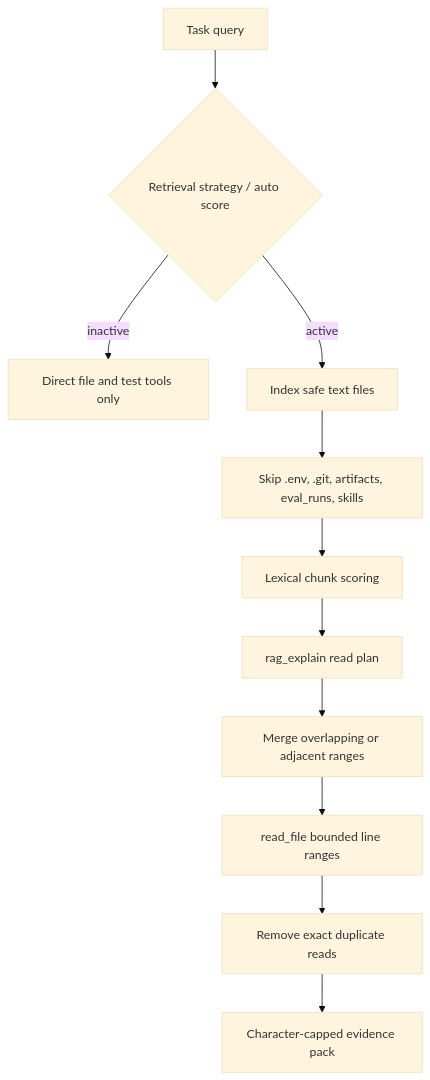
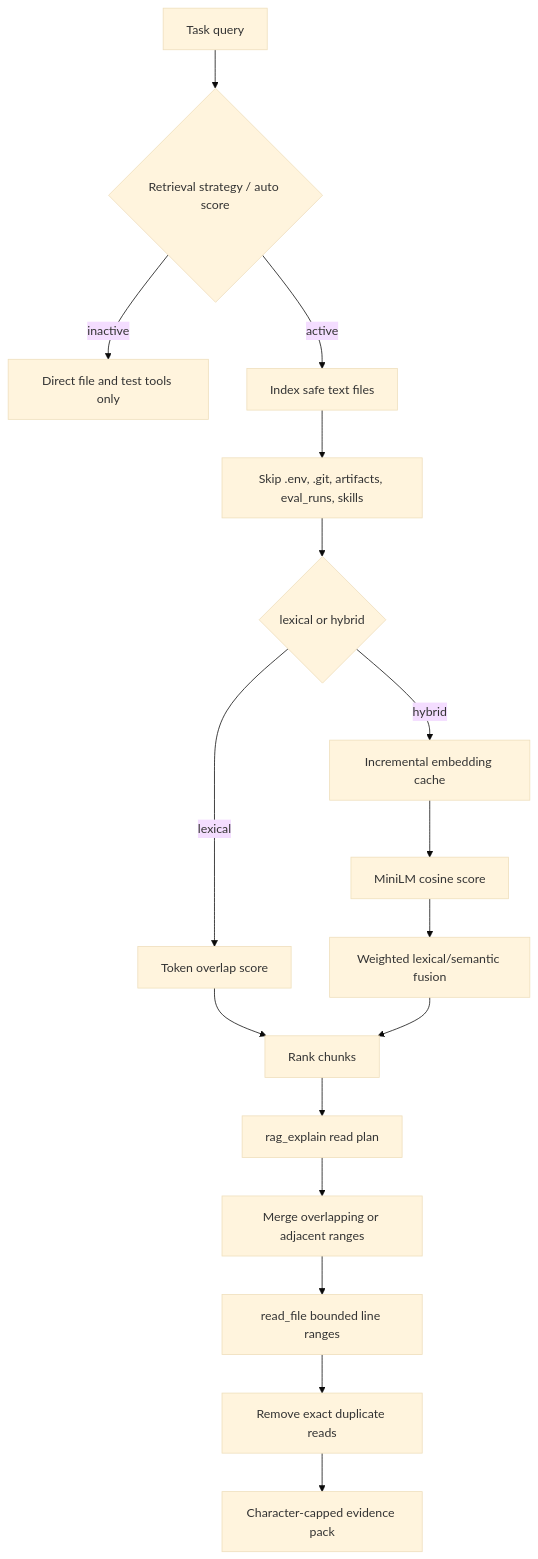
The third of 5 diagrams in docs/ARCHITECTURE.md (Userss1234/mini-coding-agent-harness), drawn with Mermaid (base theme) before and after one commit. The commit also changed other lines of this file and 26 other files, not shown here.

Commit message:
feat: add local hybrid retrieval backend

````diff
--- a/docs/ARCHITECTURE.md
+++ b/docs/ARCHITECTURE.md
@@ -99,13 +100,19 @@
 ```mermaid
 flowchart TD
     Query["Task query"] --> Gate{"Retrieval strategy / auto score"}
     Gate -->|inactive| Direct["Direct file and test tools only"]
     Gate -->|active| Index["Index safe text files"]
     Index --> Filter["Skip .env, .git, artifacts, eval_runs, skills"]
-    Filter --> Score["Lexical chunk scoring"]
-    Score --> Plan["rag_explain read plan"]
+    Filter --> Backend{"lexical or hybrid"}
+    Backend -->|lexical| Lexical["Token overlap score"]
+    Backend -->|hybrid| Cache["Incremental embedding cache"]
+    Cache --> Semantic["MiniLM cosine score"]
+    Semantic --> Fuse["Weighted lexical/semantic fusion"]
+    Lexical --> Rank["Rank chunks"]
+    Fuse --> Rank
+    Rank --> Plan["rag_explain read plan"]
     Plan --> Merge["Merge overlapping or adjacent ranges"]
     Merge --> Read["read_file bounded line ranges"]
     Read --> Deduplicate["Remove exact duplicate reads"]
     Deduplicate --> Pack["Character-capped evidence pack"]
 ```
````
